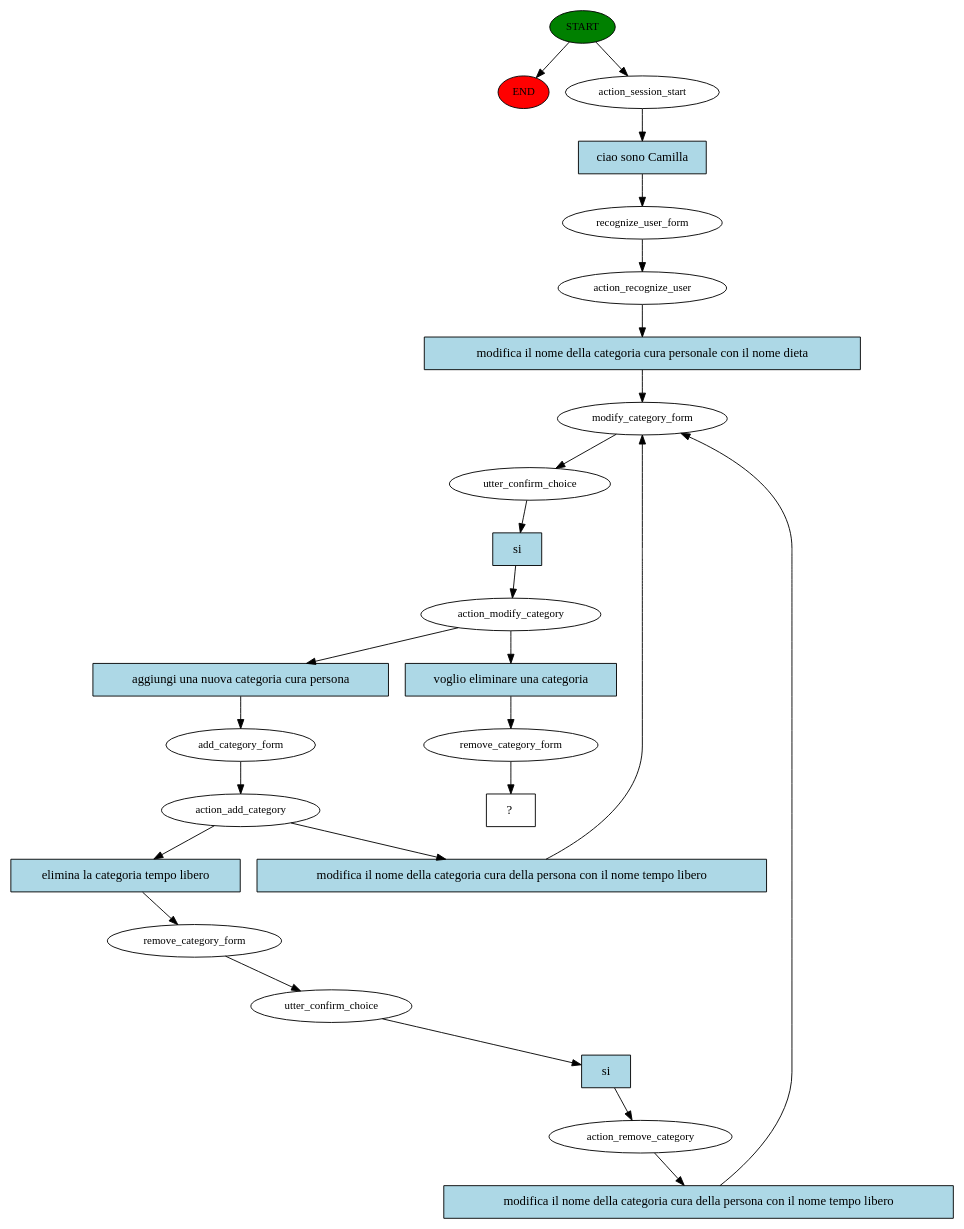
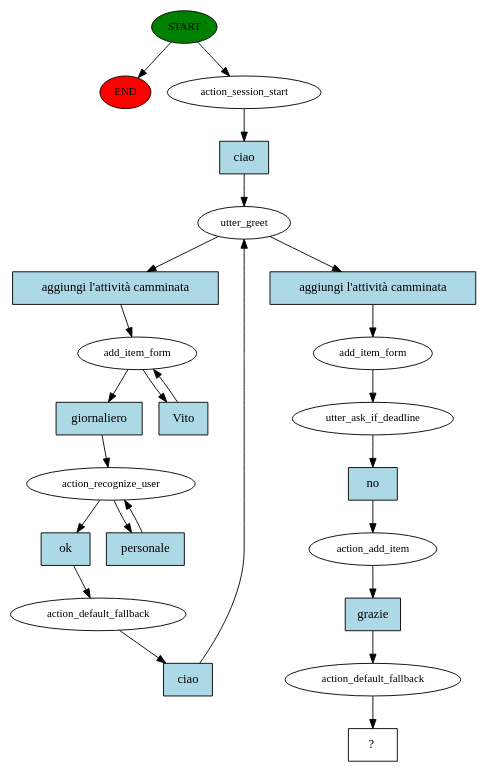
One commit to CamillaSpi/AI-To-Do-Assistant-Robot changed the diagram in src/rasa_ros/Cogrob_rasa_midterm/story_graph.dot. Above: the diagram before and after it, drawn with Graphviz. The commit also changed 3 other files, not shown here.

```diff
--- a/src/rasa_ros/Cogrob_rasa_midterm/story_graph.dot
+++ b/src/rasa_ros/Cogrob_rasa_midterm/story_graph.dot
@@ -1,51 +1,48 @@
 digraph  {
 0 [class="start active", fillcolor=green, fontsize=12, label=START, style=filled];
 "-1" [class=end, fillcolor=red, fontsize=12, label=END, style=filled];
 1 [class=active, fontsize=12, label=action_session_start];
-2 [class=active, fontsize=12, label=recognize_user_form];
-3 [class=active, fontsize=12, label=action_recognize_user];
-4 [class=active, fontsize=12, label=modify_category_form];
-5 [class=active, fontsize=12, label=utter_confirm_choice];
-6 [class=active, fontsize=12, label=action_modify_category];
-7 [class=active, fontsize=12, label=add_category_form];
-8 [class=active, fontsize=12, label=action_add_category];
-9 [class=active, fontsize=12, label=remove_category_form];
-10 [class=active, fontsize=12, label=utter_confirm_choice];
-11 [class=active, fontsize=12, label=action_remove_category];
-20 [class=active, fontsize=12, label=remove_category_form];
-21 [class="intent dashed active", label="  ?  ", shape=rect];
-22 [class="intent active", fillcolor=lightblue, label="ciao sono Camilla", shape=rect, style=filled];
-23 [class="intent active", fillcolor=lightblue, label="modifica il nome della categoria cura personale con il nome dieta", shape=rect, style=filled];
-24 [class="intent active", fillcolor=lightblue, label=si, shape=rect, style=filled];
-25 [class="intent active", fillcolor=lightblue, label="aggiungi una nuova categoria cura persona", shape=rect, style=filled];
-26 [class="intent active", fillcolor=lightblue, label="voglio eliminare una categoria", shape=rect, style=filled];
-27 [class="intent active", fillcolor=lightblue, label="elimina la categoria tempo libero", shape=rect, style=filled];
-28 [class="intent active", fillcolor=lightblue, label="modifica il nome della categoria cura della persona con il nome tempo libero", shape=rect, style=filled];
-29 [class="intent active", fillcolor=lightblue, label=si, shape=rect, style=filled];
-30 [class="intent active", fillcolor=lightblue, label="modifica il nome della categoria cura della persona con il nome tempo libero", shape=rect, style=filled];
+2 [class=active, fontsize=12, label=utter_greet];
+3 [class=active, fontsize=12, label=add_item_form];
+5 [class=active, fontsize=12, label=action_recognize_user];
+7 [class=active, fontsize=12, label=action_default_fallback];
+9 [class=active, fontsize=12, label=add_item_form];
+10 [class=active, fontsize=12, label=utter_ask_if_deadline];
+11 [class=active, fontsize=12, label=action_add_item];
+12 [class=active, fontsize=12, label=action_default_fallback];
+13 [class="intent dashed active", label="  ?  ", shape=rect];
+14 [class="intent active", fillcolor=lightblue, label=ciao, shape=rect, style=filled];
+15 [class="intent active", fillcolor=lightblue, label="aggiungi l'attività camminata", shape=rect, style=filled];
+16 [class="intent active", fillcolor=lightblue, label="aggiungi l'attività camminata", shape=rect, style=filled];
+17 [class="intent active", fillcolor=lightblue, label=giornaliero, shape=rect, style=filled];
+18 [class="intent active", fillcolor=lightblue, label=Vito, shape=rect, style=filled];
+19 [class="intent active", fillcolor=lightblue, label=ok, shape=rect, style=filled];
+20 [class="intent active", fillcolor=lightblue, label=personale, shape=rect, style=filled];
+21 [class="intent active", fillcolor=lightblue, label=ciao, shape=rect, style=filled];
+22 [class="intent active", fillcolor=lightblue, label=no, shape=rect, style=filled];
+23 [class="intent active", fillcolor=lightblue, label=grazie, shape=rect, style=filled];
 0 -> "-1"  [class="", key=NONE, label=""];
 0 -> 1  [class=active, key=NONE, label=""];
-1 -> 22  [class=active, key=0];
-2 -> 3  [class=active, key=NONE, label=""];
-3 -> 23  [class=active, key=0];
-4 -> 5  [class=active, key=NONE, label=""];
-5 -> 24  [class=active, key=0];
-6 -> 25  [class=active, key=0];
-6 -> 26  [class=active, key=0];
-7 -> 8  [class=active, key=NONE, label=""];
-8 -> 27  [class=active, key=0];
-8 -> 28  [class=active, key=0];
+1 -> 14  [class=active, key=0];
+2 -> 15  [class=active, key=0];
+2 -> 16  [class=active, key=0];
+3 -> 17  [class=active, key=0];
+3 -> 18  [class=active, key=0];
+5 -> 19  [class=active, key=0];
+5 -> 20  [class=active, key=0];
+7 -> 21  [class=active, key=0];
 9 -> 10  [class=active, key=NONE, label=""];
-10 -> 29  [class=active, key=0];
-11 -> 30  [class=active, key=0];
-20 -> 21  [class=active, key=NONE, label=""];
-22 -> 2  [class=active, key=0];
-23 -> 4  [class=active, key=0];
-24 -> 6  [class=active, key=0];
-25 -> 7  [class=active, key=0];
-26 -> 20  [class=active, key=0];
-27 -> 9  [class=active, key=0];
-28 -> 4  [class=active, key=0];
-29 -> 11  [class=active, key=0];
-30 -> 4  [class=active, key=0];
+10 -> 22  [class=active, key=0];
+11 -> 23  [class=active, key=0];
+12 -> 13  [class=active, key=NONE, label=""];
+14 -> 2  [class=active, key=0];
+15 -> 3  [class=active, key=0];
+16 -> 9  [class=active, key=0];
+17 -> 5  [class=active, key=0];
+18 -> 3  [class=active, key=0];
+19 -> 7  [class=active, key=0];
+20 -> 5  [class=active, key=0];
+21 -> 2  [class=active, key=0];
+22 -> 11  [class=active, key=0];
+23 -> 12  [class=active, key=0];
 }
```
